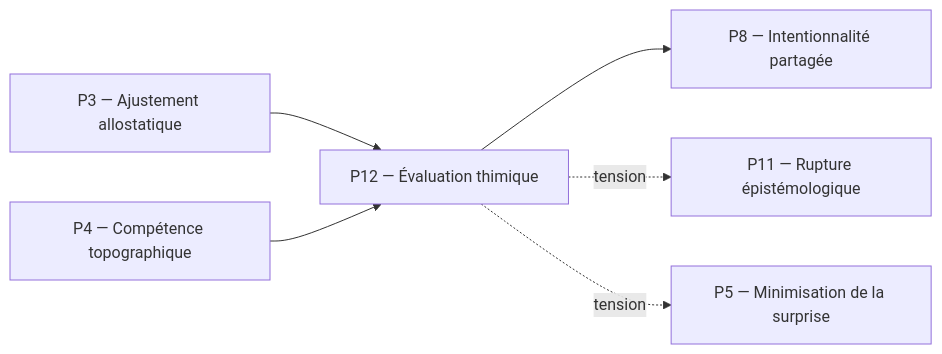
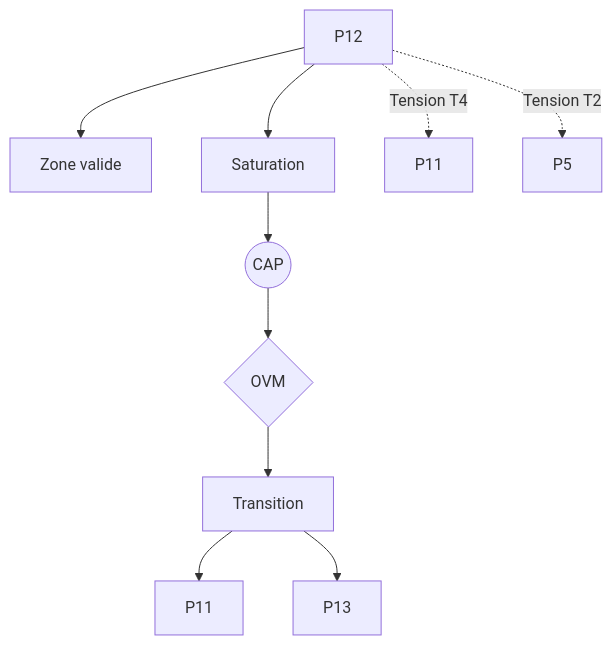
One commit to newgeko/protokin changed the diagram in piliers/P12_evaluation_thymique.md. Above: the diagram before and after it, drawn with Mermaid. The commit also changed other lines of this file, not shown here.

````diff
--- a/piliers/P12_evaluation_thymique.md
+++ b/piliers/P12_evaluation_thymique.md
@@ -59,11 +310,18 @@
 ```mermaid
-graph LR
-    P12[P12 — Évaluation thimique]
+graph TD
 
-    P3[P3 — Ajustement allostatique] --> P12
-    P4[P4 — Compétence topographique] --> P12
-    P12 --> P8[P8 — Intentionnalité partagée]
-    P12 -. tension .-> P11[P11 — Rupture épistémologique]
-    P12 -. tension .-> P5[P5 — Minimisation de la surprise]
+P[P12]
 
+P --> V[Zone valide]
+P --> S[Saturation]
+
+S --> CAP((CAP))
+CAP --> OVM{OVM}
+OVM --> T[Transition]
+
+T --> P11[P11]
+T --> P13[P13]
+
+P -. Tension T4 .-> P11_Rupture[P11]
+P -. Tension T2 .-> P5[P5]
 ```
````
